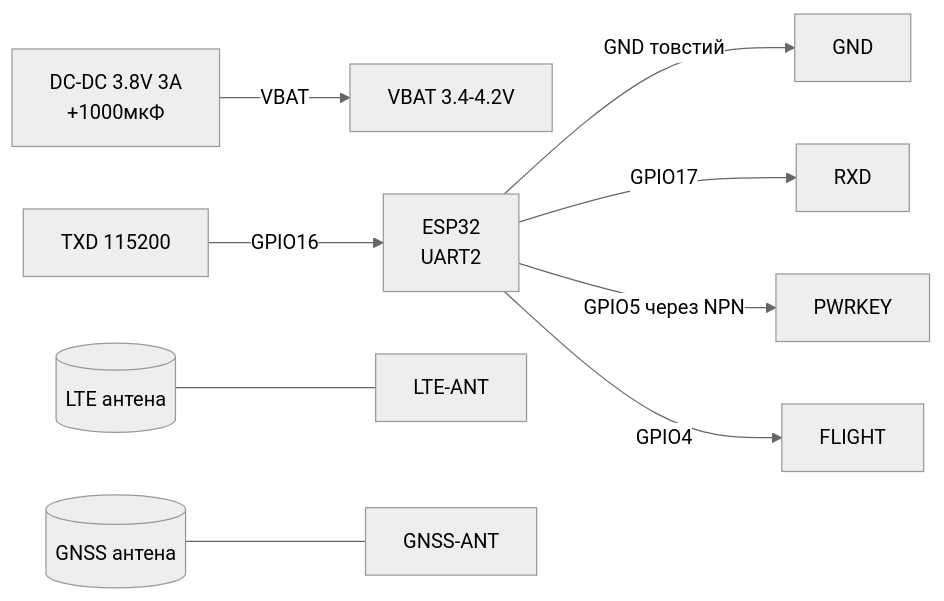
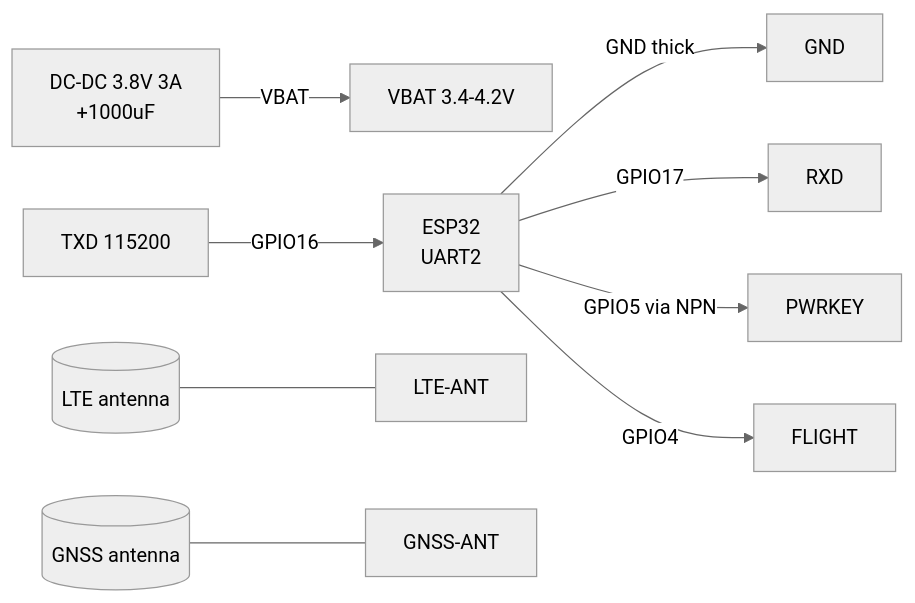
The first of 3 diagrams in obsidian_vault/ESP32-Reference/EN/12-Comm-Modules/07-SIM7600-W5500-MCP2515.en.md (ksalab/embedded-reference), drawn with Mermaid (neutral theme) before and after one commit. The commit also changed other lines of this file and 76 other files, not shown here.

````diff
--- a/obsidian_vault/ESP32-Reference/EN/12-Comm-Modules/07-SIM7600-W5500-MCP2515.en.md
+++ b/obsidian_vault/ESP32-Reference/EN/12-Comm-Modules/07-SIM7600-W5500-MCP2515.en.md
@@ -90,11 +90,11 @@
 ```mermaid
 graph LR
-    PSU[DC-DC 3.8V 3A<br/>+1000мкФ] -->|VBAT| VBAT[VBAT 3.4-4.2V]
-    ESP32[ESP32<br/>UART2] -->|GND товстий| GNDM[GND]
+    PSU[DC-DC 3.8V 3A<br/>+1000uF] -->|VBAT| VBAT[VBAT 3.4-4.2V]
+    ESP32[ESP32<br/>UART2] -->|GND thick| GNDM[GND]
     TXD[TXD 115200] -->|GPIO16| ESP32
     ESP32 -->|GPIO17| RXD[RXD]
-    ESP32 -->|GPIO5 через NPN| PWR[PWRKEY]
+    ESP32 -->|GPIO5 via NPN| PWR[PWRKEY]
     ESP32 -->|GPIO4| FL[FLIGHT]
-    LTE[(LTE антена)] --- RF1[LTE-ANT]
-    GPS[(GNSS антена)] --- RF2[GNSS-ANT]
+    LTE[(LTE antenna)] --- RF1[LTE-ANT]
+    GPS[(GNSS antenna)] --- RF2[GNSS-ANT]
 ```
````
